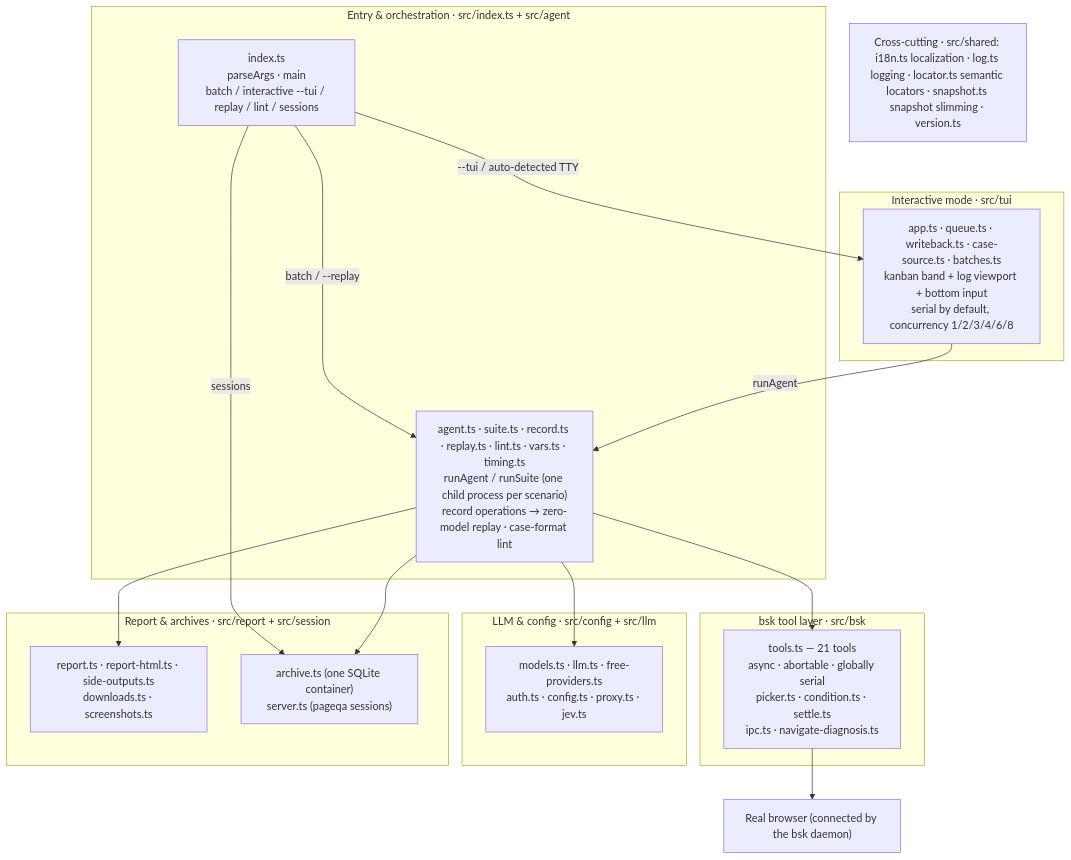
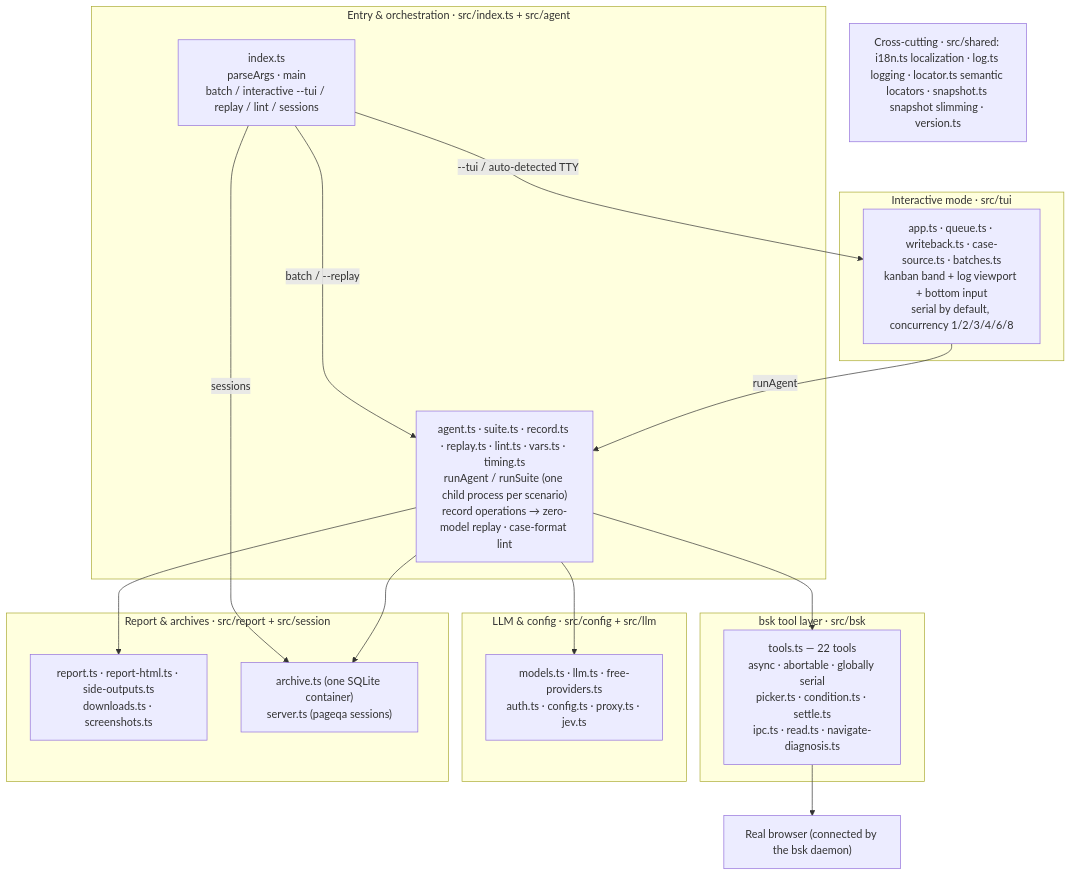
One commit to klren0312/pageqa changed the diagram in README.md. Above: the diagram before and after it, drawn with Mermaid. The commit also changed other lines of this file and 6 other files, not shown here.

````diff
--- a/README.md
+++ b/README.md
@@ -451,37 +451,37 @@
 ```mermaid
 flowchart TD
   subgraph ENTRY["Entry & orchestration · src/index.ts + src/agent"]
     CLI["index.ts<br/>parseArgs · main<br/>batch / interactive --tui / replay / lint / sessions"]
     RUN["agent.ts · suite.ts · record.ts · replay.ts · lint.ts · vars.ts · timing.ts<br/>runAgent / runSuite (one child process per scenario)<br/>record operations → zero-model replay · case-format lint"]
   end
 
   subgraph TUI["Interactive mode · src/tui"]
     APP["app.ts · queue.ts · writeback.ts · case-source.ts · batches.ts<br/>kanban band + log viewport + bottom input<br/>serial by default, concurrency 1/2/3/4/6/8"]
   end
 
   subgraph BSK["bsk tool layer · src/bsk"]
-    TOOLS["tools.ts — 21 tools<br/>async · abortable · globally serial<br/>picker.ts · condition.ts · settle.ts<br/>ipc.ts · navigate-diagnosis.ts"]
+    TOOLS["tools.ts — 22 tools<br/>async · abortable · globally serial<br/>picker.ts · condition.ts · settle.ts<br/>ipc.ts · read.ts · navigate-diagnosis.ts"]
   end
 
   subgraph LLMC["LLM & config · src/config + src/llm"]
     MODELS["models.ts · llm.ts · free-providers.ts<br/>auth.ts · config.ts · proxy.ts · jev.ts"]
   end
 
   subgraph SIDE["Report & archives · src/report + src/session"]
     REPORT["report.ts · report-html.ts · side-outputs.ts<br/>downloads.ts · screenshots.ts"]
     ARCHIVE["archive.ts (one SQLite container)<br/>server.ts (pageqa sessions)"]
   end
 
   XCUT["Cross-cutting · src/shared: i18n.ts localization · log.ts logging · locator.ts semantic locators · snapshot.ts snapshot slimming · version.ts"]
   BROWSER["Real browser (connected by the bsk daemon)"]
 
   CLI -->|"batch / --replay"| RUN
   CLI -->|"--tui / auto-detected TTY"| APP
   CLI -->|"sessions"| ARCHIVE
   APP -->|"runAgent"| RUN
   RUN --> MODELS
   RUN --> TOOLS
   RUN --> REPORT
   RUN --> ARCHIVE
   TOOLS --> BROWSER
 ```
````
